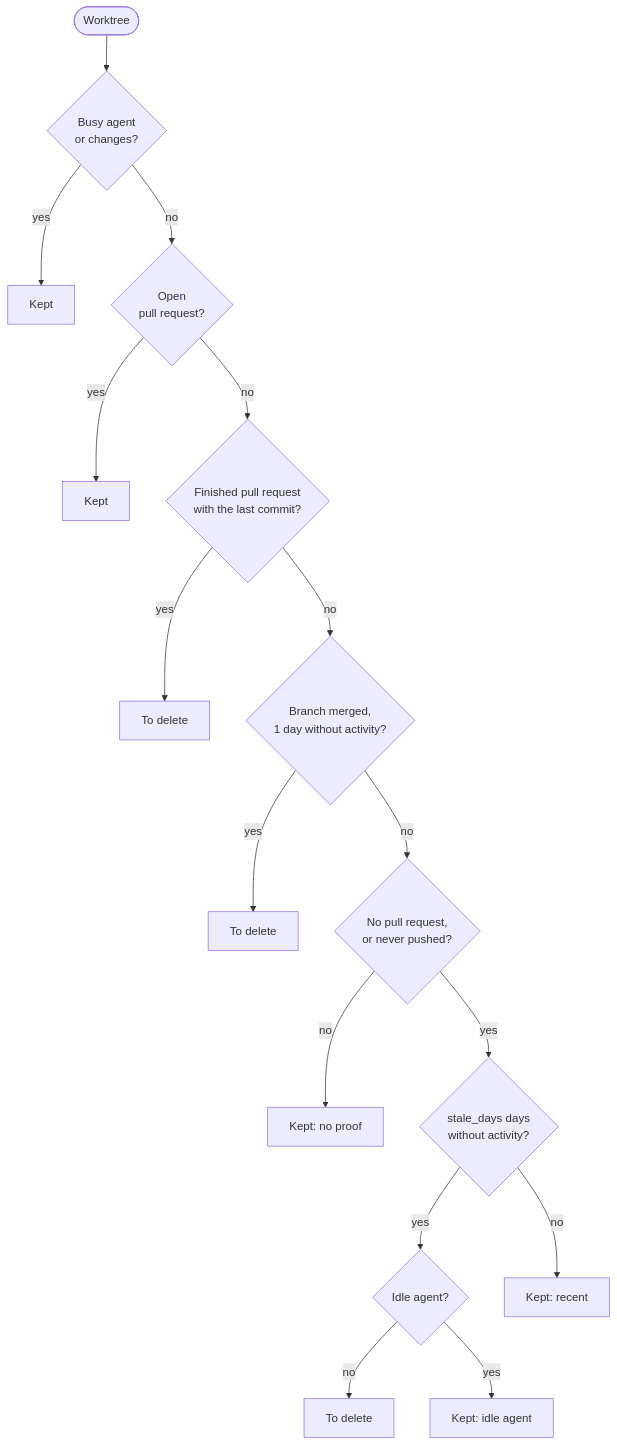
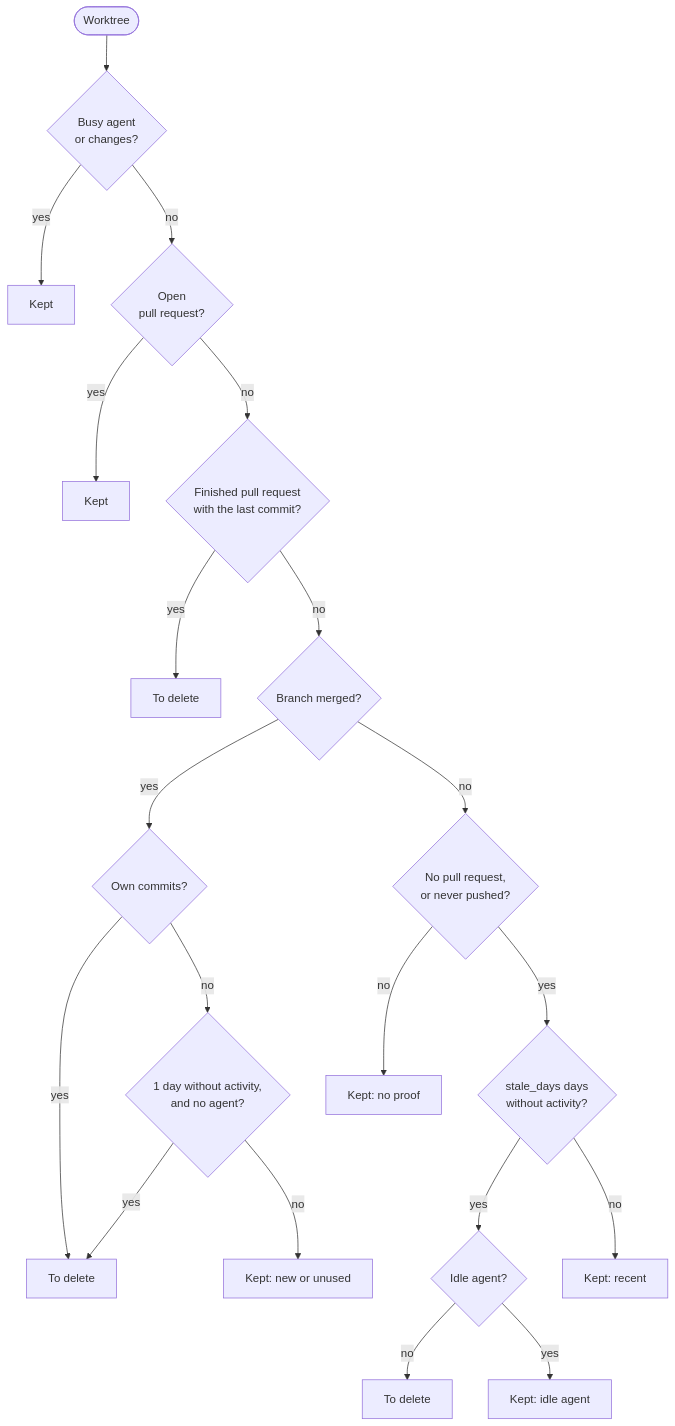
One commit to owpac/herdr-worktrunk changed the second of 3 diagrams in README.md. Above: the diagram before and after it, drawn with Mermaid. The commit also changed other lines of this file and 9 other files, not shown here.

````diff
--- a/README.md
+++ b/README.md
@@ -77,18 +77,22 @@
 ```mermaid
 flowchart TD
     start([Worktree]) --> busy{"Busy agent<br/>or changes?"}
     busy -->|yes| kept1[Kept]
     busy -->|no| open{"Open<br/>pull request?"}
     open -->|yes| kept2[Kept]
     open -->|no| finished{"Finished pull request<br/>with the last commit?"}
     finished -->|yes| delete1[To delete]
-    finished -->|no| merged{"Branch merged,<br/>1 day without activity?"}
-    merged -->|yes| delete2[To delete]
+    finished -->|no| merged{"Branch merged?"}
+    merged -->|yes| own{"Own commits?"}
+    own -->|yes| delete2[To delete]
+    own -->|no| unused{"1 day without activity,<br/>and no agent?"}
+    unused -->|yes| delete2
+    unused -->|no| kept6["Kept: new or unused"]
     merged -->|no| nopr{"No pull request,<br/>or never pushed?"}
     nopr -->|no| kept3["Kept: no proof"]
     nopr -->|yes| old{"stale_days days<br/>without activity?"}
     old -->|yes| idle{"Idle agent?"}
     idle -->|no| delete3[To delete]
     idle -->|yes| kept5["Kept: idle agent"]
     old -->|no| kept4["Kept: recent"]
 ```
````
